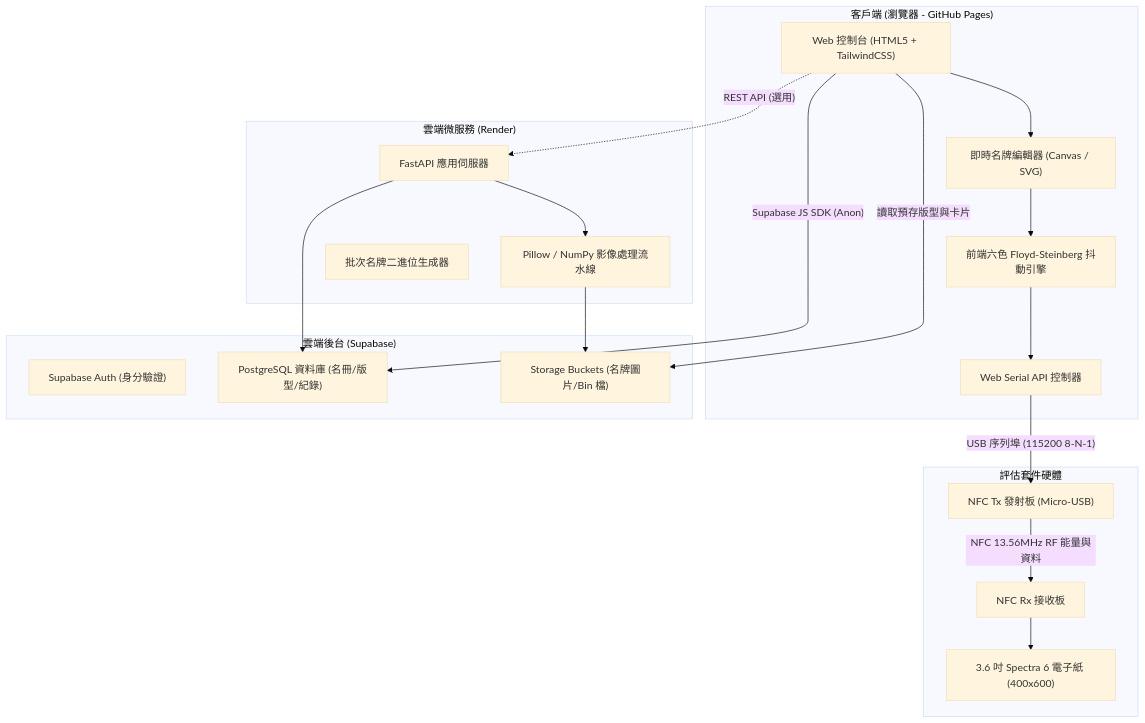
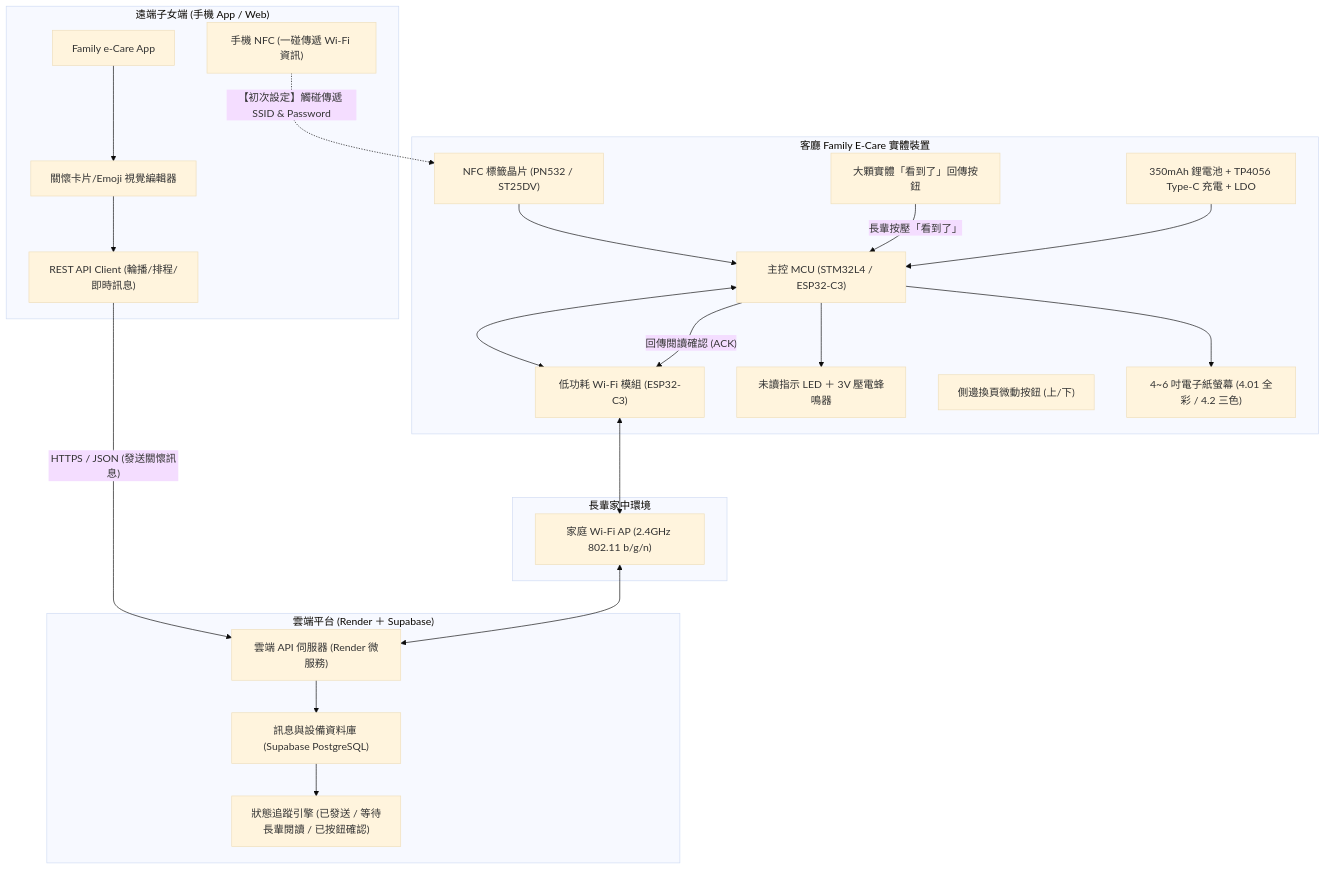
One commit to ShiroSakuraEGS/e-ink-family-e-care changed the first of 2 diagrams in docs/ARCHITECTURE.md. Above: the diagram before and after it, drawn with Mermaid (base theme). The commit also changed other lines of this file and 7 other files, not shown here.

Commit message:
docs & feat: align with official Family E-Care product specs, BOM, and hardware simulator

````diff
--- a/docs/ARCHITECTURE.md
+++ b/docs/ARCHITECTURE.md
@@ -9,42 +9,51 @@
 ```mermaid
 graph TD
-    subgraph Client ["客戶端 (瀏覽器 - GitHub Pages)"]
-        UI["Web 控制台 (HTML5 + TailwindCSS)"]
-        Canvas["即時名牌編輯器 (Canvas / SVG)"]
-        Dither["前端六色 Floyd-Steinberg 抖動引擎"]
-        WebSerial["Web Serial API 控制器"]
+    subgraph MobileClient ["遠端子女端 (手機 App / Web)"]
+        AppUI["Family e-Care App"]
+        Designer["關懷卡片/Emoji 視覺編輯器"]
+        NfcWriter["手機 NFC (一碰傳遞 Wi-Fi 資訊)"]
+        HttpPoster["REST API Client (輪播/排程/即時訊息)"]
     end
 
-    subgraph Hardware ["評估套件硬體"]
-        Tx["NFC Tx 發射板 (Micro-USB)"]
-        Rx["NFC Rx 接收板"]
-        EPD["3.6 吋 Spectra 6 電子紙 (400x600)"]
+    subgraph CloudInfra ["雲端平台 (Render ＋ Supabase)"]
+        FastAPI["雲端 API 伺服器 (Render 微服務)"]
+        Postgres["訊息與設備資料庫 (Supabase PostgreSQL)"]
+        StatusTracker["狀態追蹤引擎 (已發送 / 等待長輩閱讀 / 已按鈕確認)"]
     end
 
-    subgraph CloudBackend ["雲端微服務 (Render)"]
-        API["FastAPI 應用伺服器"]
-        ImgEngine["Pillow / NumPy 影像處理流水線"]
-        BatchGen["批次名牌二進位生成器"]
+    subgraph HomeEnv ["長輩家中環境"]
+        HomeRouter["家庭 Wi-Fi AP (2.4GHz 802.11 b/g/n)"]
     end
 
-    subgraph CloudDB ["雲端後台 (Supabase)"]
-        Auth["Supabase Auth (身分驗證)"]
-        DB["PostgreSQL 資料庫 (名冊/版型/紀錄)"]
-        Storage["Storage Buckets (名牌圖片/Bin 檔)"]
+    subgraph HardwareDevice ["客廳 Family E-Care 實體裝置"]
+        NfcTag["NFC 標籤晶片 (PN532 / ST25DV)"]
+        WifiModule["低功耗 Wi-Fi 模組 (ESP32-C3)"]
+        McuCtrl["主控 MCU (STM32L4 / ESP32-C3)"]
+        PowerMgt["350mAh 鋰電池 + TP4056 Type-C 充電 + LDO"]
+        LedBuzzer["未讀指示 LED ＋ 3V 壓電蜂鳴器"]
+        ConfirmBtn["大顆實體「看到了」回傳按鈕"]
+        SideBtn["側邊換頁微動按鈕 (上/下)"]
+        EPD["4~6 吋電子紙螢幕 (4.01 全彩 / 4.2 三色)"]
     end
 
-    UI --> Canvas
-    Canvas --> Dither
-    Dither --> WebSerial
-    WebSerial -- "USB 序列埠 (115200 8-N-1)" --> Tx
-    Tx -- "NFC 13.56MHz RF 能量與資料" --> Rx
-    Rx --> EPD
+    %% 連線關係
+    NfcWriter -. "【初次設定】觸碰傳遞 SSID & Password" .-> NfcTag
+    NfcTag --> McuCtrl
 
-    UI -. "REST API (選用)" .-> API
-    API --> ImgEngine
-    ImgEngine --> Storage
-    API --> DB
+    AppUI --> Designer
+    Designer --> HttpPoster
+    HttpPoster -- "HTTPS / JSON (發送關懷訊息)" --> FastAPI
+    FastAPI --> Postgres
+    Postgres --> StatusTracker
 
-    UI -- "Supabase JS SDK (Anon)" --> DB
-    UI -- "讀取預存版型與卡片" --> Storage
+    McuCtrl <--> WifiModule
+    WifiModule <--> HomeRouter
+    HomeRouter <--> FastAPI
+
+    %% 狀態回傳
+    ConfirmBtn -- "長輩按壓「看到了」" --> McuCtrl
+    McuCtrl -- "回傳閱讀確認 (ACK)" --> WifiModule
+    McuCtrl --> EPD
+    McuCtrl --> LedBuzzer
+    PowerMgt --> McuCtrl
 ```
````
